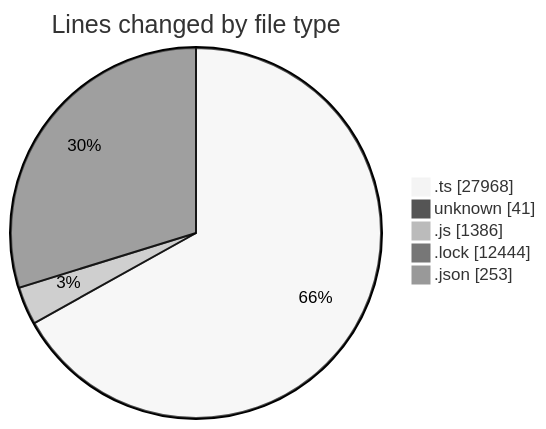
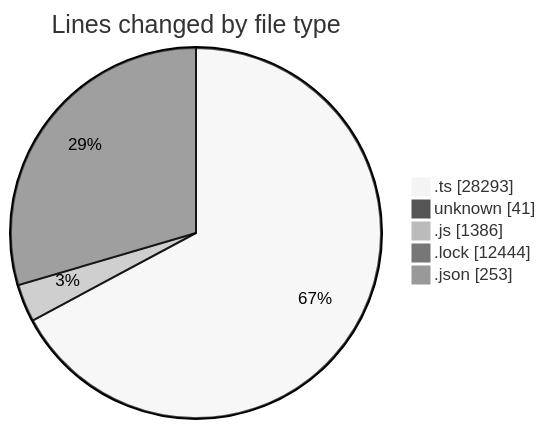
The first of 2 diagrams in 2025-08-18/cda/README.md (momahboobian/code-tracking), drawn with Mermaid (neutral theme) before and after one commit. The commit also changed other lines of this file and 1 other file, not shown here.

````diff
--- a/2025-08-18/cda/README.md
+++ b/2025-08-18/cda/README.md
@@ -39,9 +40,9 @@
 ```mermaid
 pie showData
 title Lines changed by file type
-".ts" : 27968
+".ts" : 28293
 "unknown" : 41
 ".js" : 1386
 ".lock" : 12444
 ".json" : 253
 ```
````
